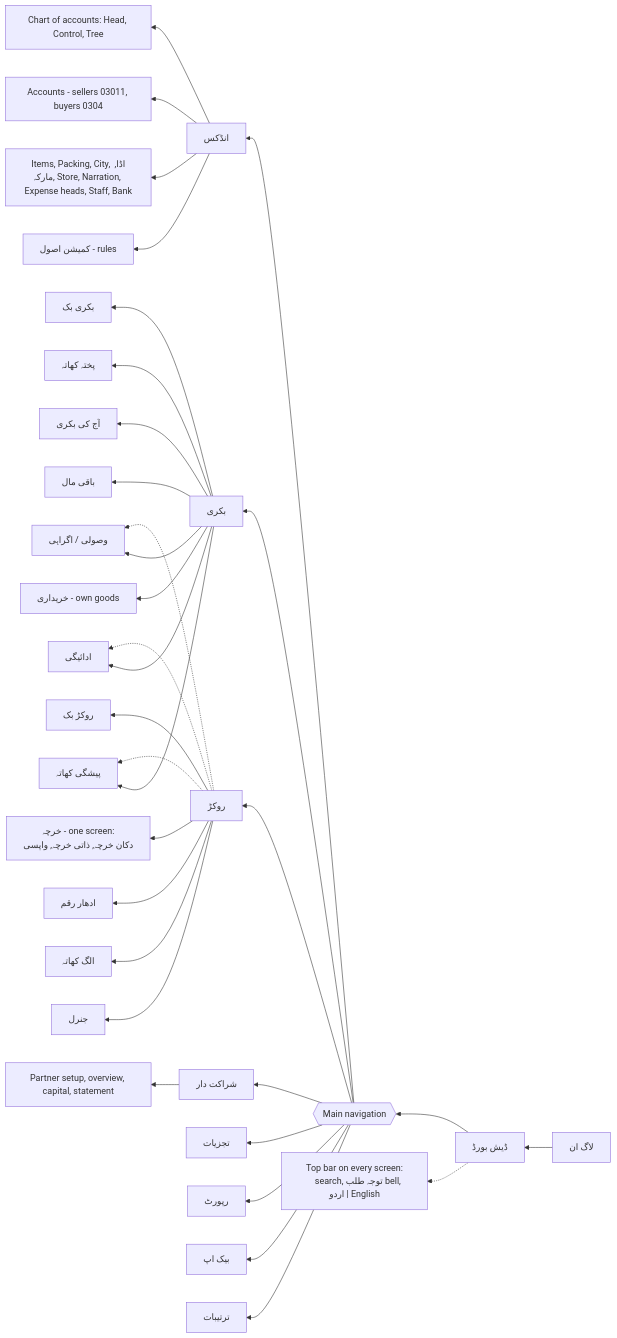
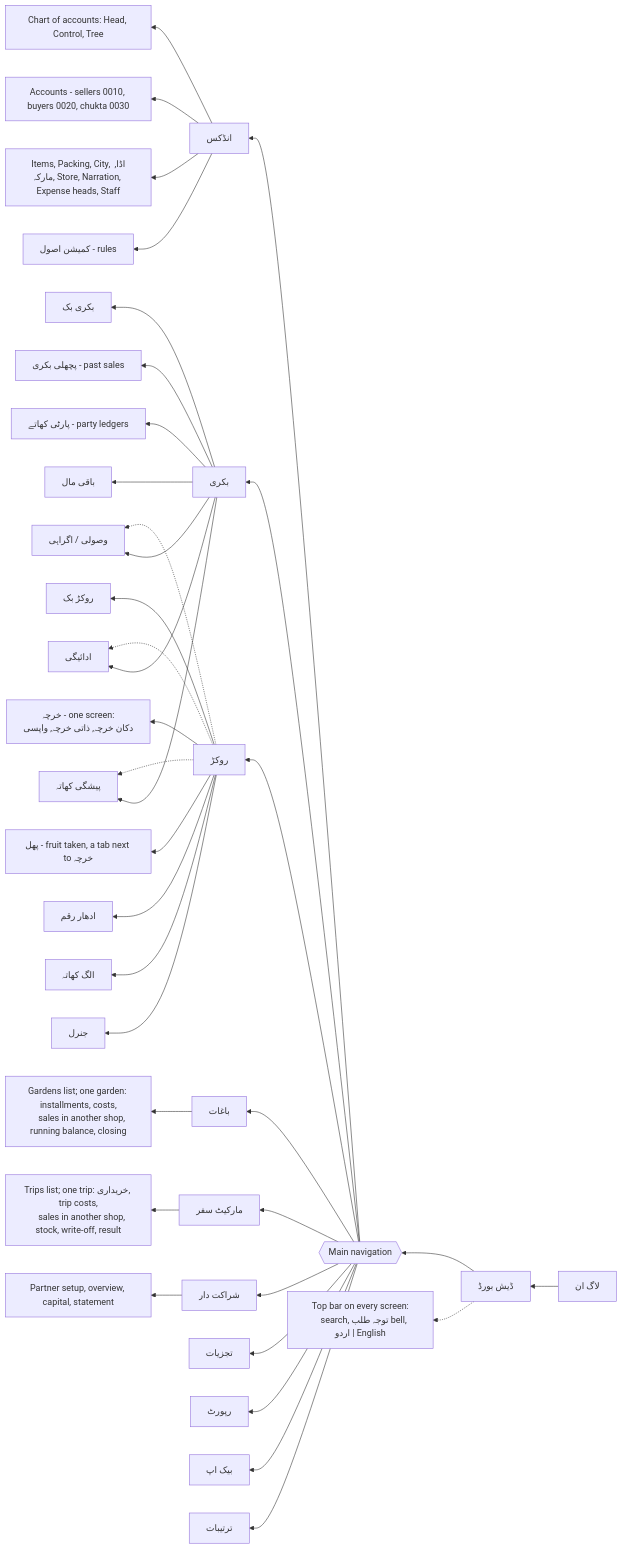
Before and after one commit to FaisalHanif12/Fruits-Mandi-Software: the sixth of 28 diagrams in .claude/rules/Architecture_v1.md, drawn with Mermaid. The commit also changed other lines of this file and 6920 other files, not shown here.

````diff
--- a/.claude/rules/Architecture_v1.md
+++ b/.claude/rules/Architecture_v1.md
@@ -208,40 +217,46 @@
 ```mermaid
 flowchart RL
     LOGIN["لاگ ان"] --> DASH["ڈیش بورڈ"]
     DASH --> NAV{{"Main navigation"}}
     NAV --> IDX["انڈکس"]
     NAV --> BIK["بکری"]
     NAV --> ROK["روکڑ"]
+    NAV --> GRD["باغات"]
+    NAV --> TRP["مارکیٹ سفر"]
     NAV --> PRT["شراکت دار"]
     NAV --> ANL["تجزیات"]
     NAV --> REP["رپورٹ"]
     NAV --> BAK["بیک اپ"]
     NAV --> SET["ترتیبات"]
     DASH -.-> TOP["Top bar on every screen:
     search, توجہ طلب bell, اردو | English"]
 
     IDX --> IDX1["Chart of accounts: Head, Control, Tree"]
-    IDX --> IDX2["Accounts - sellers 03011, buyers 0304"]
-    IDX --> IDX3["Items, Packing, City, اڈا, مارکہ, Store, Narration, Expense heads, Staff, Bank"]
+    IDX --> IDX2["Accounts - sellers 0010, buyers 0020, chukta 0030"]
+    IDX --> IDX3["Items, Packing, City, اڈا, مارکہ, Store, Narration, Expense heads, Staff"]
     IDX --> IDX4["کمیشن اصول - rules"]
 
     BIK --> B1["بکری بک"]
     BIK --> B3["وصولی / اگراہی"]
     BIK --> B4["ادائیگی"]
     BIK --> B5["پیشگی کھاتہ"]
-    BIK --> B6["پختہ کھاتہ"]
-    BIK --> B7["آج کی بکری"]
+    BIK --> B6["پچھلی بکری - past sales"]
+    BIK --> B7["پارٹی کھاتے - party ledgers"]
     BIK --> B8["باقی مال"]
-    BIK --> B9["خریداری - own goods"]
+    GRD --> G1["Gardens list; one garden: installments, costs,
+    sales in another shop, running balance, closing"]
+    TRP --> T1["Trips list; one trip: خریداری, trip costs,
+    sales in another shop, stock, write-off, result"]
     PRT --> P1["Partner setup, overview, capital, statement"]
 
     ROK --> R1["روکڑ بک"]
     ROK --> R2["خرچہ - one screen:
     دکان خرچہ, ذاتی خرچہ, واپسی"]
+    ROK --> R6["پھل - fruit taken, a tab next to خرچہ"]
     ROK --> R3["ادھار رقم"]
     ROK --> R5["الگ کھاتہ"]
     ROK --> R4["جنرل"]
     ROK -.-> B3
     ROK -.-> B4
     ROK -.-> B5
 ```
````
